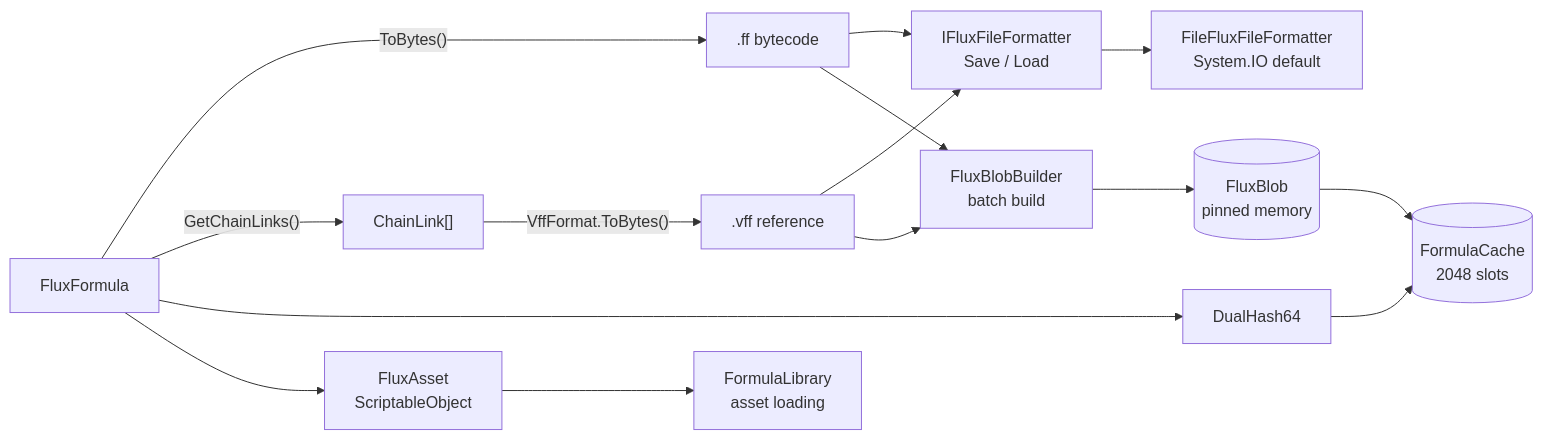
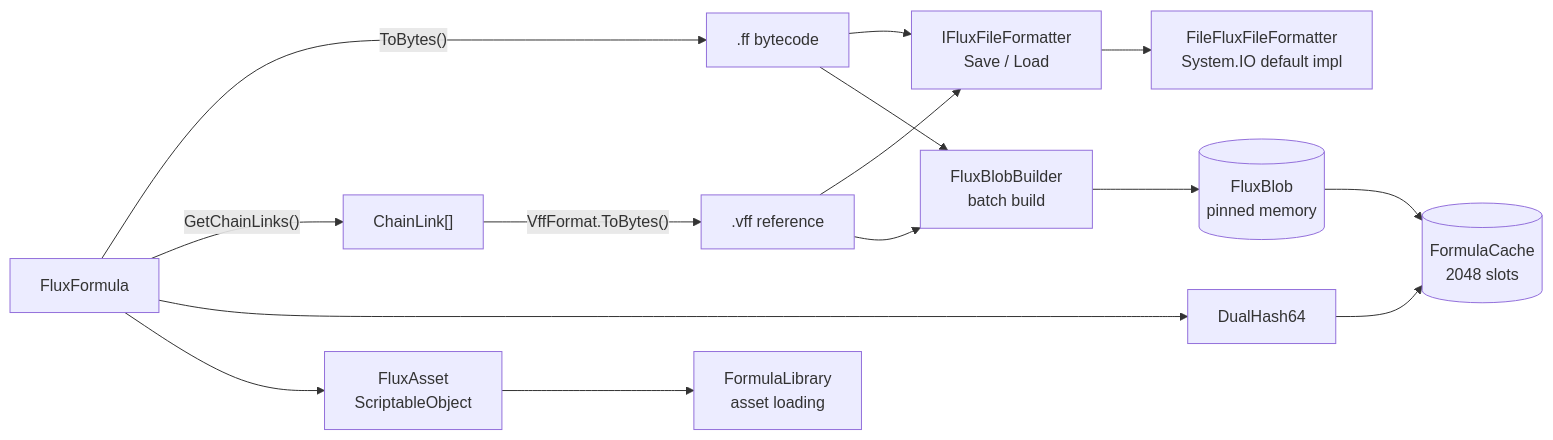
The second of 2 diagrams in docs/en/api/overview.md (twds0x13/FluxFormula), drawn with Mermaid before and after one commit. The commit also changed other lines of this file and 53 other files, not shown here.

````diff
--- a/docs/en/api/overview.md
+++ b/docs/en/api/overview.md
@@ -35,21 +35,21 @@
 ```mermaid
 graph LR
     F["FluxFormula"] -->|"ToBytes()"| FF[".ff bytecode"]
     F -->|"GetChainLinks()"| Chain["ChainLink[]"]
     Chain -->|"VffFormat.ToBytes()"| VFF[".vff reference"]
 
     FF --> Fmt["IFluxFileFormatter<br/>Save / Load"]
     VFF --> Fmt
-    Fmt --> FileFmt["FileFluxFileFormatter<br/>System.IO default"]
+    Fmt --> FileFmt["FileFluxFileFormatter<br/>System.IO default impl"]
 
     F --> Hash["DualHash64"]
     Hash --> Cache[("FormulaCache<br/>2048 slots")]
 
     FF --> BB["FluxBlobBuilder<br/>batch build"]
     VFF --> BB
     BB --> Blob[("FluxBlob<br/>pinned memory")]
     Blob --> Cache
 
     F --> Asset["FluxAsset<br/>ScriptableObject"]
     Asset --> Lib["FormulaLibrary<br/>asset loading"]
 ```
````
